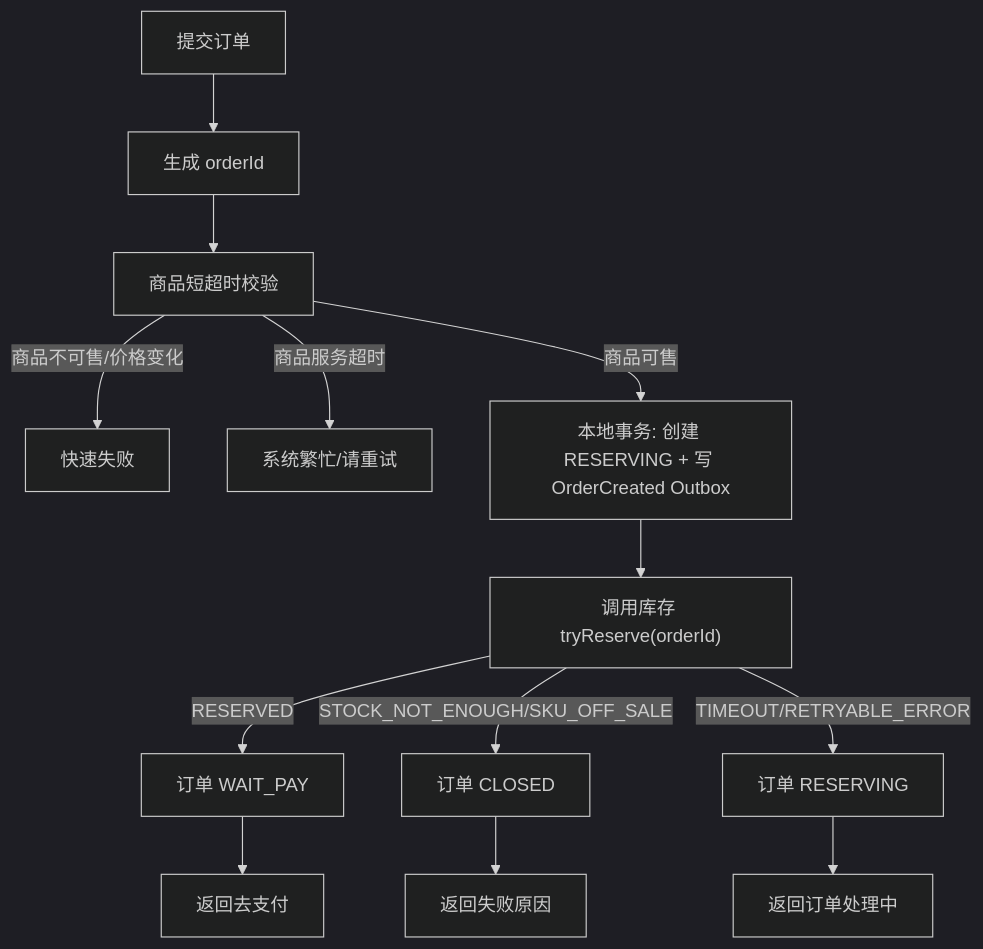
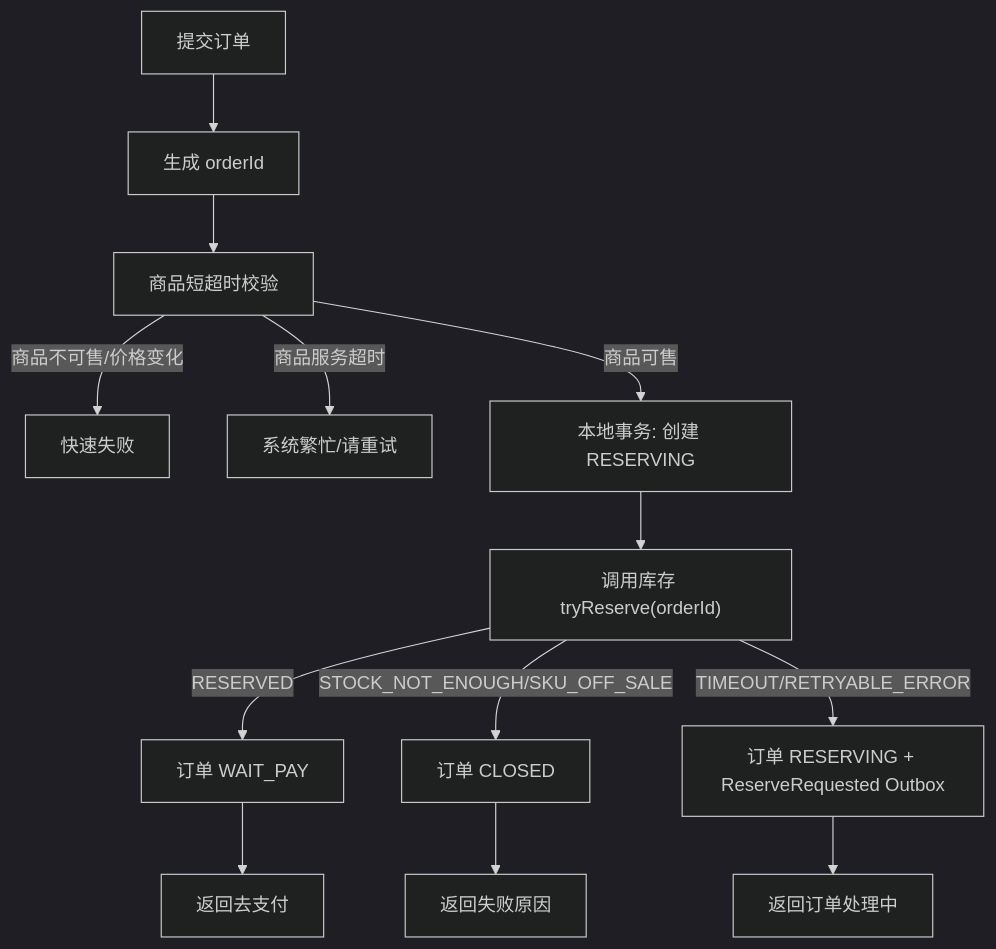
Before and after one commit to yinshihaogithub/framework-boot-starter: the fifth of 20 diagrams in docs/ORDER_FINAL_CONSISTENCY_DESIGN.md, drawn with Mermaid (dark theme). The commit also changed other lines of this file, not shown here.

````diff
--- a/docs/ORDER_FINAL_CONSISTENCY_DESIGN.md
+++ b/docs/ORDER_FINAL_CONSISTENCY_DESIGN.md
@@ -322,15 +529,15 @@
 ```mermaid
 flowchart TD
   A["提交订单"] --> B["生成 orderId"]
   B --> C["商品短超时校验"]
   C -->|商品不可售/价格变化| D["快速失败"]
   C -->|商品服务超时| E["系统繁忙/请重试"]
-  C -->|商品可售| F["本地事务: 创建 RESERVING + 写 OrderCreated Outbox"]
+  C -->|商品可售| F["本地事务: 创建 RESERVING"]
   F --> G["调用库存 tryReserve(orderId)"]
   G -->|RESERVED| H["订单 WAIT_PAY"]
   G -->|STOCK_NOT_ENOUGH/SKU_OFF_SALE| I["订单 CLOSED"]
-  G -->|TIMEOUT/RETRYABLE_ERROR| J["订单 RESERVING"]
+  G -->|TIMEOUT/RETRYABLE_ERROR| J["订单 RESERVING + ReserveRequested Outbox"]
   H --> K["返回去支付"]
   I --> L["返回失败原因"]
   J --> M["返回订单处理中"]
 ```
````
